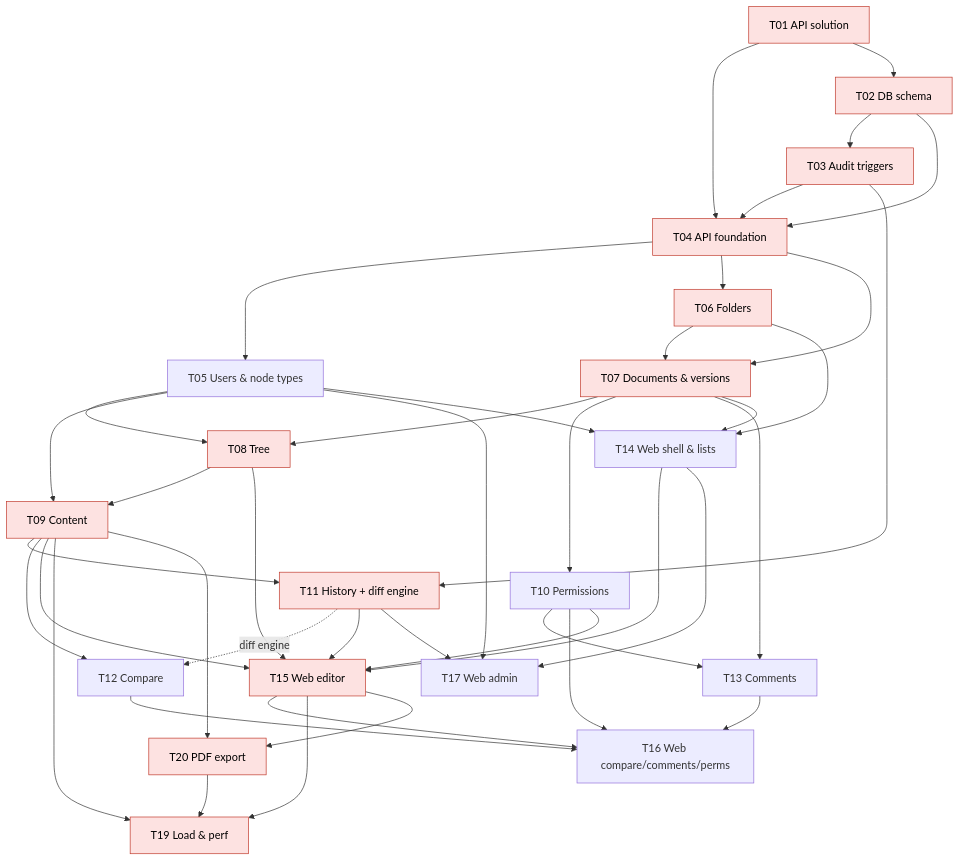
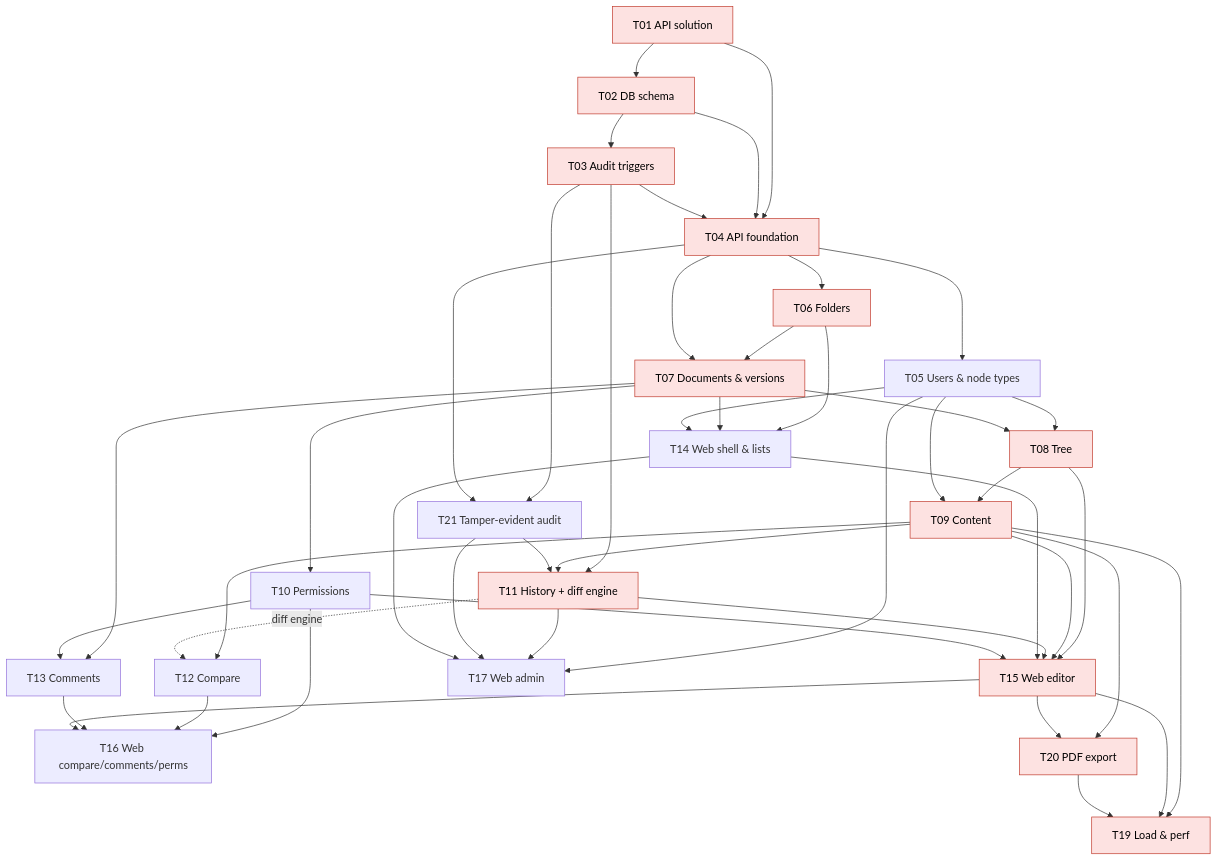
The diagram in docs/tasks/00-execution-plan.md (olexlpv-sys/test-repo), drawn with Mermaid before and after one commit. The commit also changed other lines of this file and 7 other files, not shown here.

````diff
--- a/docs/tasks/00-execution-plan.md
+++ b/docs/tasks/00-execution-plan.md
@@ -35,46 +36,50 @@
 ```mermaid
 flowchart TD
   T01[T01 API solution] --> T04
   T01 --> T02
   T02[T02 DB schema] --> T03[T03 Audit triggers]
   T02 --> T04
   T03 --> T04[T04 API foundation]
   T04 --> T05[T05 Users & node types]
   T04 --> T06[T06 Folders]
   T06 --> T07[T07 Documents & versions]
   T04 --> T07
   T05 --> T08[T08 Tree]
   T07 --> T08
   T08 --> T09[T09 Content]
   T05 --> T09
   T07 --> T10[T10 Permissions]
   T03 --> T11[T11 History + diff engine]
   T09 --> T11
   T09 --> T12[T12 Compare]
   T11 -. diff engine .-> T12
   T07 --> T13[T13 Comments]
   T10 --> T13
   T06 --> T14[T14 Web shell & lists]
   T07 --> T14
   T08 --> T15[T15 Web editor]
   T09 --> T15
   T11 --> T15
   T14 --> T15
   T10 --> T16[T16 Web compare/comments/perms]
   T12 --> T16
   T13 --> T16
   T15 --> T16
   T05 --> T17[T17 Web admin]
   T11 --> T17
   T05 --> T14
   T10 --> T15
+  T03 --> T21[T21 Tamper-evident audit]
+  T04 --> T21
+  T21 --> T11
+  T21 --> T17
   T09 --> T19[T19 Load & perf]
   T15 --> T19
   T09 --> T20[T20 PDF export]
   T15 --> T20
   T20 --> T19
   T14 --> T17
 
   classDef crit fill:#fde2e1,stroke:#c0392b,color:#000;
   class T01,T02,T03,T04,T06,T07,T08,T09,T11,T15,T20,T19 crit;
 ```
````
